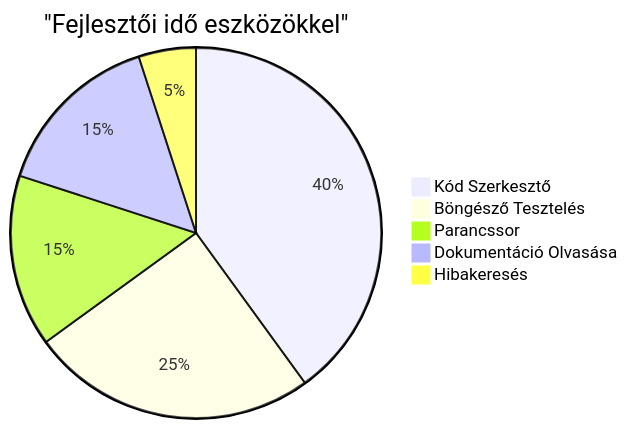
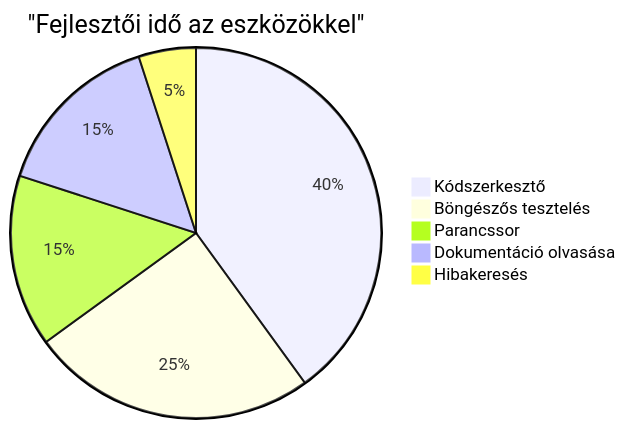
One commit to microsoft/Web-Dev-For-Beginners changed the sixth of 7 diagrams in translations/hu/1-getting-started-lessons/1-intro-to-programming-languages/README.md. Above: the diagram before and after it, drawn with Mermaid. The commit also changed other lines of this file and 11 other files, not shown here.

````diff
--- a/translations/hu/1-getting-started-lessons/1-intro-to-programming-languages/README.md
+++ b/translations/hu/1-getting-started-lessons/1-intro-to-programming-languages/README.md
@@ -712,8 +713,8 @@
 ```mermaid
-pie title "Fejlesztői idő eszközökkel"
-    "Kód Szerkesztő" : 40
-    "Böngésző Tesztelés" : 25
+pie title "Fejlesztői idő az eszközökkel"
+    "Kódszerkesztő" : 40
+    "Böngészős tesztelés" : 25
     "Parancssor" : 15
-    "Dokumentáció Olvasása" : 15
+    "Dokumentáció olvasása" : 15
     "Hibakeresés" : 5
-```
+```  
````
